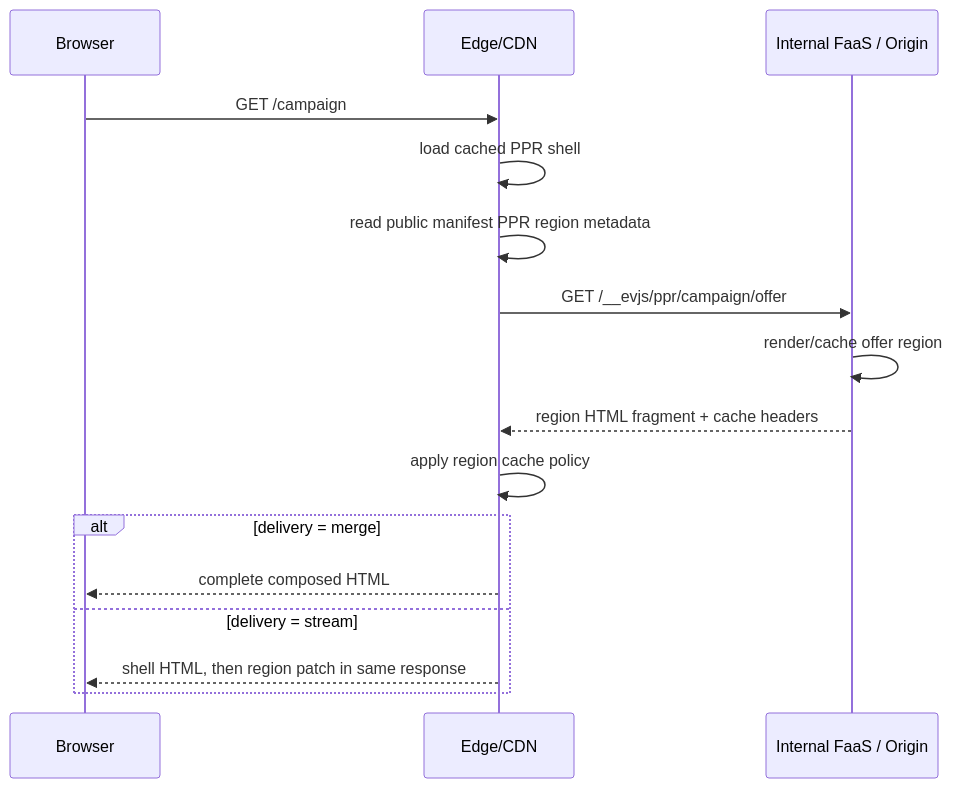
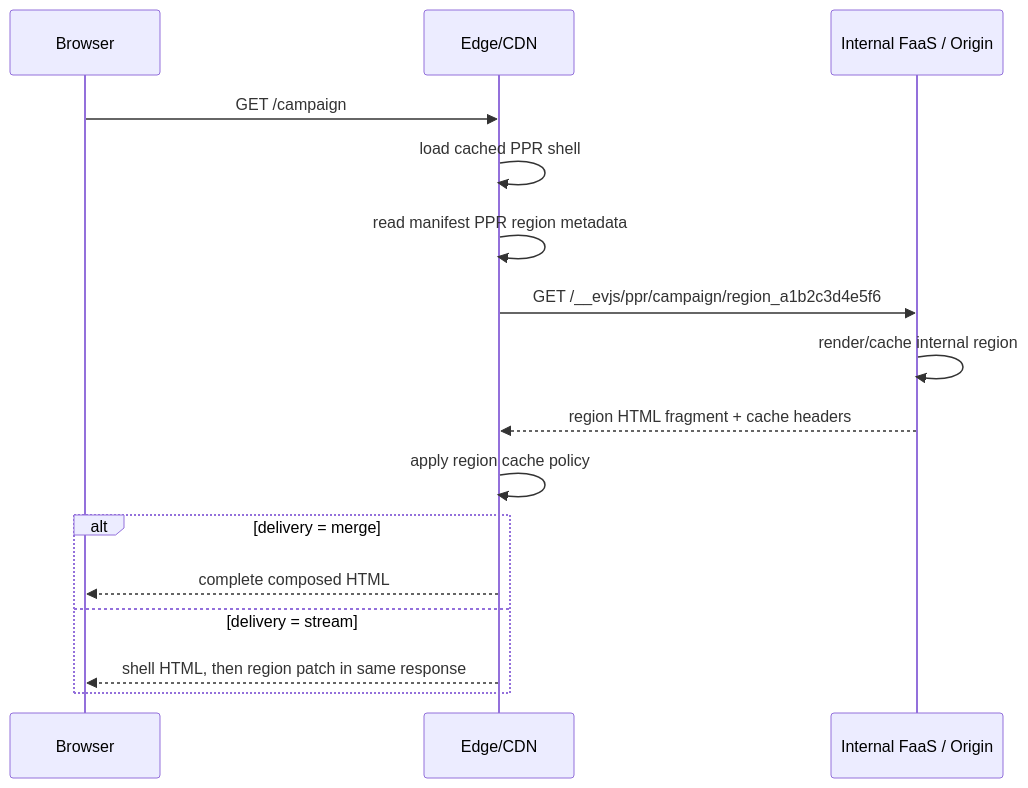
One commit to binhanchen25-arch/evjs changed the third of 3 diagrams in docs/docs/architecture.md. Above: the diagram before and after it, drawn with Mermaid. The commit also changed other lines of this file and 14 other files, not shown here.

````diff
--- a/docs/docs/architecture.md
+++ b/docs/docs/architecture.md
@@ -208,19 +208,19 @@
 ```mermaid
 sequenceDiagram
   participant Browser
   participant Edge as Edge/CDN
   participant Origin as Internal FaaS / Origin
 
   Browser->>Edge: GET /campaign
   Edge->>Edge: load cached PPR shell
-  Edge->>Edge: read public manifest PPR region metadata
-  Edge->>Origin: GET /__evjs/ppr/campaign/offer
-  Origin->>Origin: render/cache offer region
+  Edge->>Edge: read manifest PPR region metadata
+  Edge->>Origin: GET /__evjs/ppr/campaign/region_a1b2c3d4e5f6
+  Origin->>Origin: render/cache internal region
   Origin-->>Edge: region HTML fragment + cache headers
   Edge->>Edge: apply region cache policy
   alt delivery = merge
     Edge-->>Browser: complete composed HTML
   else delivery = stream
     Edge-->>Browser: shell HTML, then region patch in same response
   end
 ```
````
